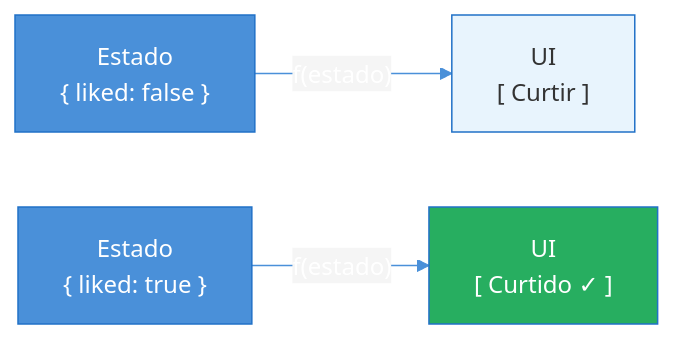
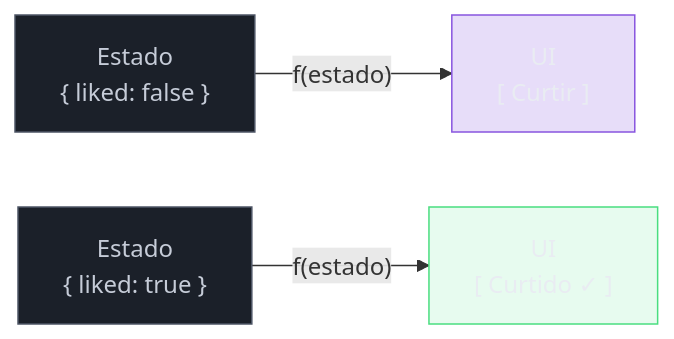
Before and after one commit to josenaldo/codex-technomanticus: the first of 4 diagrams in 03-Dominios/Tecnologia/React/React core/01 - O que é React e a UI declarativa.md, drawn with Mermaid. The commit also changed other lines of this file and 1181 other files, not shown here.

First line of the commit message:
fix(diagramas): paleta do sistema no lugar de cor cravada no markdown

````diff
--- a/03-Dominios/Tecnologia/React/React core/01 - O que é React e a UI declarativa.md
+++ b/03-Dominios/Tecnologia/React/React core/01 - O que é React e a UI declarativa.md
@@ -110,11 +110,13 @@
 ```mermaid
-%%{init: {"theme": "base", "themeVariables": {"primaryColor": "#4A90D9", "primaryTextColor": "#fff", "primaryBorderColor": "#2171C7", "lineColor": "#4A90D9", "secondaryColor": "#F5F5F5", "tertiaryColor": "#E8F4FD"}}}%%
 flowchart LR
+    classDef neutro fill:#1B2029,stroke:#4E5666,color:#C6CCD8
+    classDef marca fill:#8855DF33,stroke:#8855DF,color:#E9ECF2
+    classDef ok fill:#4ADE8021,stroke:#4ADE80,color:#E9ECF2
     E1["Estado\n{ liked: false }"] -->|"f(estado)"| V1["UI\n[ Curtir ]"]
     E2["Estado\n{ liked: true }"] -->|"f(estado)"| V2["UI\n[ Curtido ✓ ]"]
 
-    style E1 fill:#4A90D9,color:#fff
-    style E2 fill:#4A90D9,color:#fff
-    style V1 fill:#E8F4FD,color:#333
-    style V2 fill:#27AE60,color:#fff
+    class E1 neutro
+    class E2 neutro
+    class V1 marca
+    class V2 ok
 ```
````
